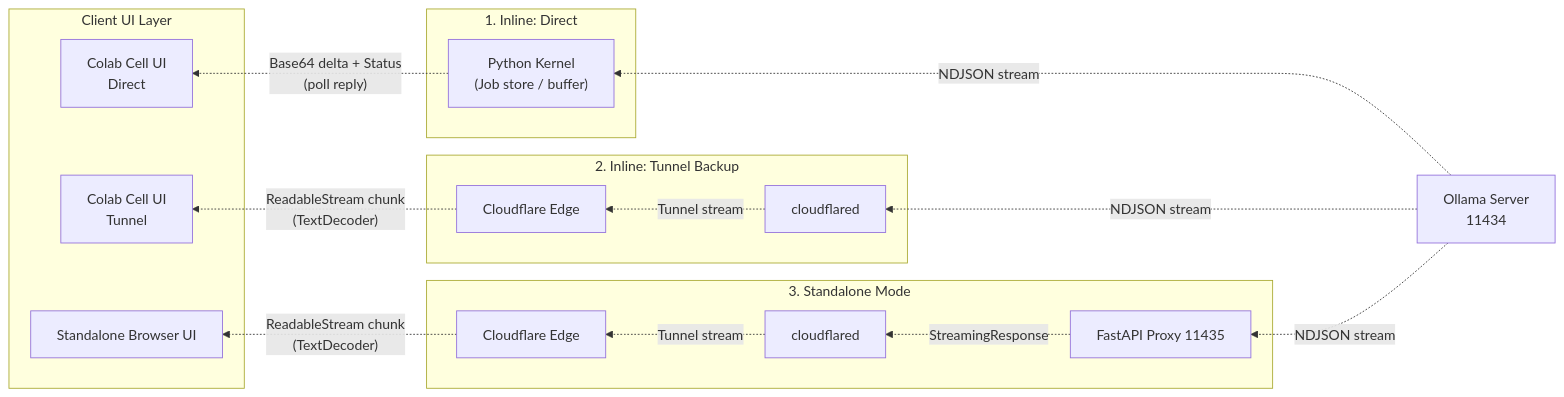
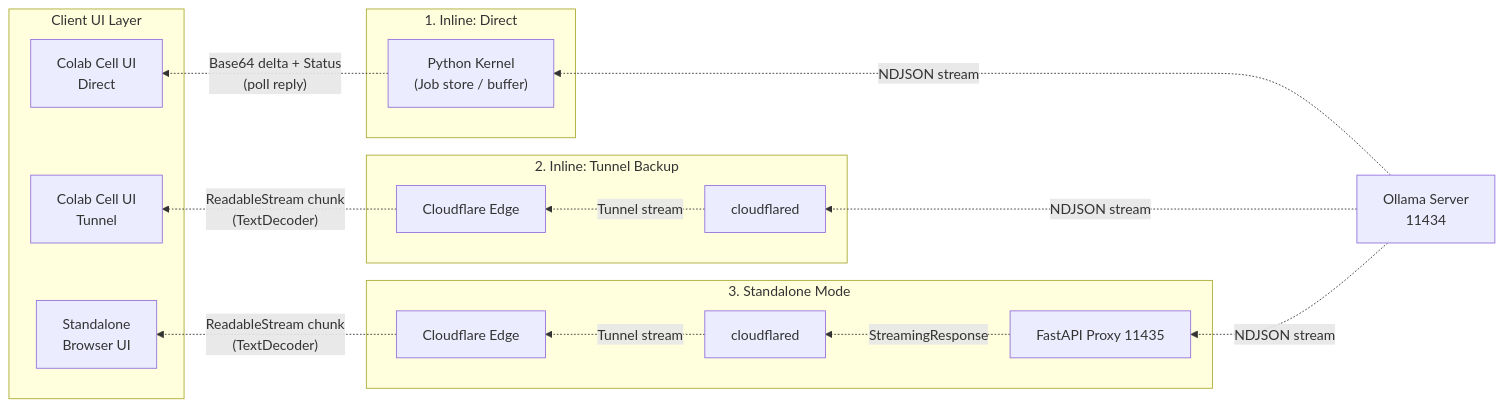
Before and after one commit to hiroaki-com/colab-ollama-private-chat: the second of 2 diagrams in README.md, drawn with Mermaid. The commit also changed other lines of this file, not shown here.

Commit message:
Update UI label in README for Standalone Browser

````diff
--- a/README.md
+++ b/README.md
@@ -48,40 +48,40 @@
 ```mermaid
 
 flowchart RL
     Ollama[Ollama Server<br>11434]
 
     subgraph Route_Direct ["1. Inline: Direct"]
         Kernel["Python Kernel<br>(Job store / buffer)"]
     end
 
     subgraph Route_Tunnel ["2. Inline: Tunnel Backup"]
         CF_1[cloudflared]
         Edge_1[Cloudflare Edge]
     end
 
     subgraph Route_Standalone ["3. Standalone Mode"]
         FastAPI["FastAPI Proxy 11435"]
         CF_2[cloudflared]
         Edge_2[Cloudflare Edge]
     end
 
     subgraph UI_Layer ["Client UI Layer"]
         UI_D[Colab Cell UI<br>Direct]
         UI_T[Colab Cell UI<br>Tunnel]
-        UI_S[Standalone Browser UI]
+        UI_S[Standalone<br>Browser UI]
     end
 
     %% Data Flow
     Ollama -. "NDJSON stream" .-> Kernel
     Kernel -. "Base64 delta + Status<br>(poll reply)" .-> UI_D
 
     Ollama -. "NDJSON stream" .-> CF_1
     CF_1 -. "Tunnel stream" .-> Edge_1
     Edge_1 -. "ReadableStream chunk<br>(TextDecoder)" .-> UI_T
 
     Ollama -. "NDJSON stream" .-> FastAPI
     FastAPI -. "StreamingResponse" .-> CF_2
     CF_2 -. "Tunnel stream" .-> Edge_2
     Edge_2 -. "ReadableStream chunk<br>(TextDecoder)" .-> UI_S
 
 ```
````
